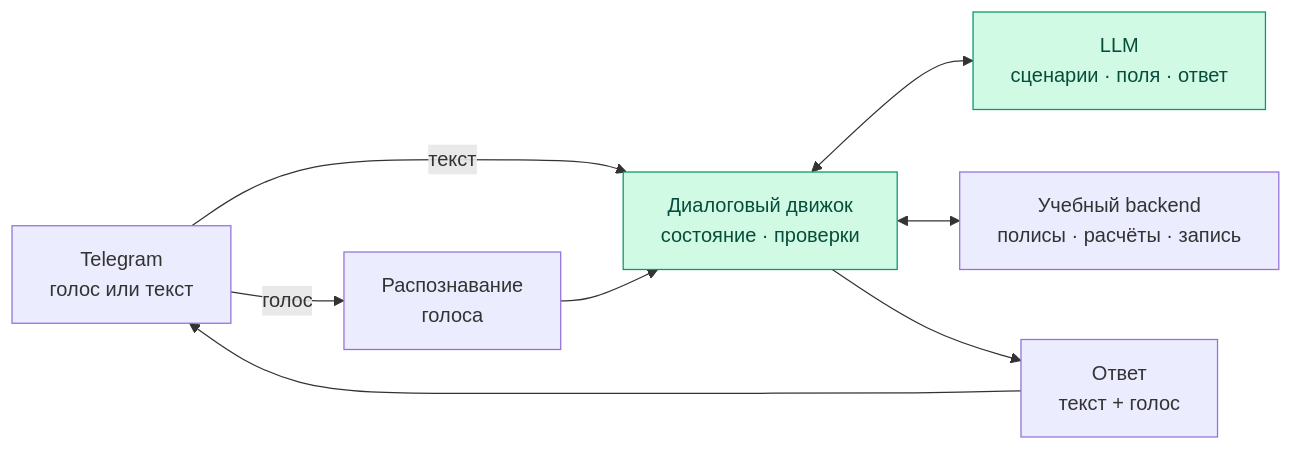
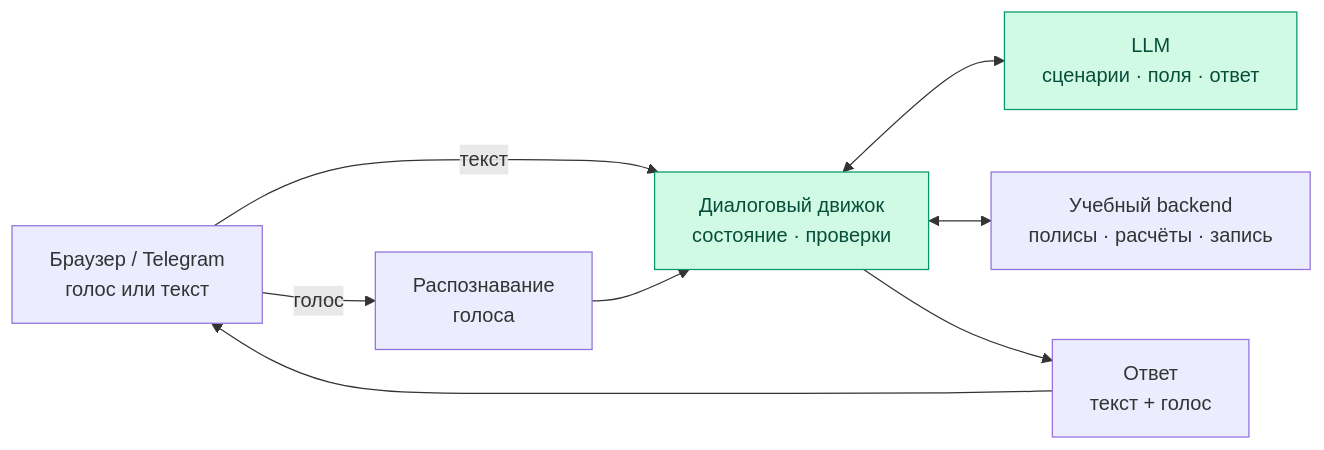
Before and after one commit to BAITC-Hacks/hack-d080e15b-zethus: the diagram in README.md, drawn with Mermaid. The commit also changed other lines of this file and 24 other files, not shown here.

````diff
--- a/README.md
+++ b/README.md
@@ -146,12 +173,12 @@
 ```mermaid
 flowchart LR
-    T["Telegram<br/>голос или текст"] -->|голос| S["Распознавание<br/>голоса"]
+    T["Браузер / Telegram<br/>голос или текст"] -->|голос| S["Распознавание<br/>голоса"]
     T -->|текст| D["Диалоговый движок<br/>состояние · проверки"]
     S --> D
     D <--> L["LLM<br/>сценарии · поля · ответ"]
     D <--> B["Учебный backend<br/>полисы · расчёты · запись"]
     D --> R["Ответ<br/>текст + голос"]
     R --> T
     classDef accent fill:#d1fae5,stroke:#059669,color:#064e3b
     class D,L accent
 ```
````
